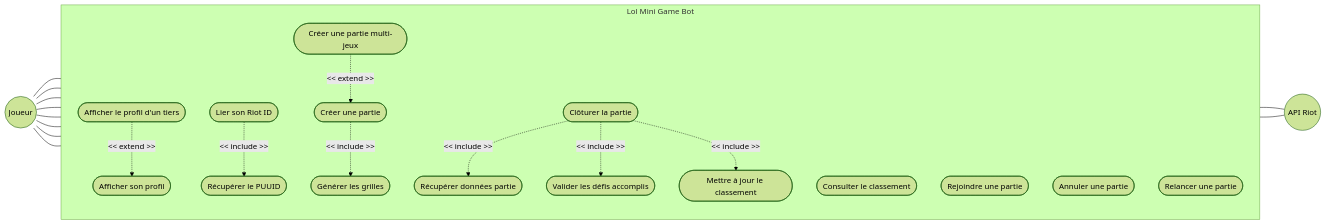
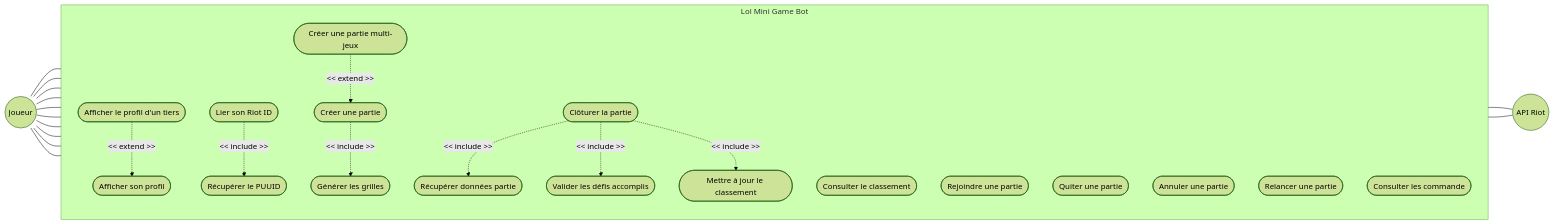
The diagram in Achitecture/UseCase.md (Jonas0o0/LolMiniGame), drawn with Mermaid (forest theme) before and after one commit.

Commit message:
refactor (doc): oublie

````diff
--- a/Achitecture/UseCase.md
+++ b/Achitecture/UseCase.md
@@ -1,57 +1,61 @@
 ```mermaid
 flowchart LR
     User((Joueur))
     API((API Riot))
 
     subgraph "Lol Mini Game Bot"
         direction TB
         
         %% Actions de base
         UC_Link([Lier son Riot ID])
         UC_Ladder([Consulter le classement])
         UC_Profile([Afficher son profil])
         UC_ProfileOther([Afficher le profil d'un tiers])
         
         %% Gestion de partie
         UC_Create([Créer une partie])
         UC_CreateMulti([Créer une partie multi-jeux])
         UC_Join([Rejoindre une partie])
+        UC_Leave([Quiter une partie])
         UC_Cancel([Annuler une partie])
         UC_Restart([Relancer une partie])
         UC_Finish([Clôturer la partie])
+        UC_Help([Consulter les commande])
         
         %% Logique système
         UC_Grid([Générer les grilles])
         UC_Validate([Valider les défis accomplis])
         UC_UpdateLadder([Mettre à jour le classement])
         
         %% Actions API
         UC_Puuid([Récupérer le PUUID])
         UC_MatchData([Récupérer données partie])
     end
 
     %% Interactions du Joueur
     User --- UC_Link
     User --- UC_Ladder
     User --- UC_Profile
     User --- UC_Create
     User --- UC_Join
+    User --- UC_Leave
     User --- UC_Cancel
     User --- UC_Restart
     User --- UC_Finish
+    User --- UC_Help
 
     %% Extensions
     UC_ProfileOther -. "<< extend >>" .-> UC_Profile
     UC_CreateMulti -. "<< extend >>" .-> UC_Create
 
     %% Inclusions
     UC_Link -. "<< include >>" .-> UC_Puuid
     UC_Create -. "<< include >>" .-> UC_Grid
     UC_Finish -. "<< include >>" .-> UC_MatchData
     UC_Finish -. "<< include >>" .-> UC_Validate
     UC_Finish -. "<< include >>" .-> UC_UpdateLadder
 
     %% Interactions avec l'API Riot
     UC_Puuid --- API
     UC_MatchData --- API
 ```
````
